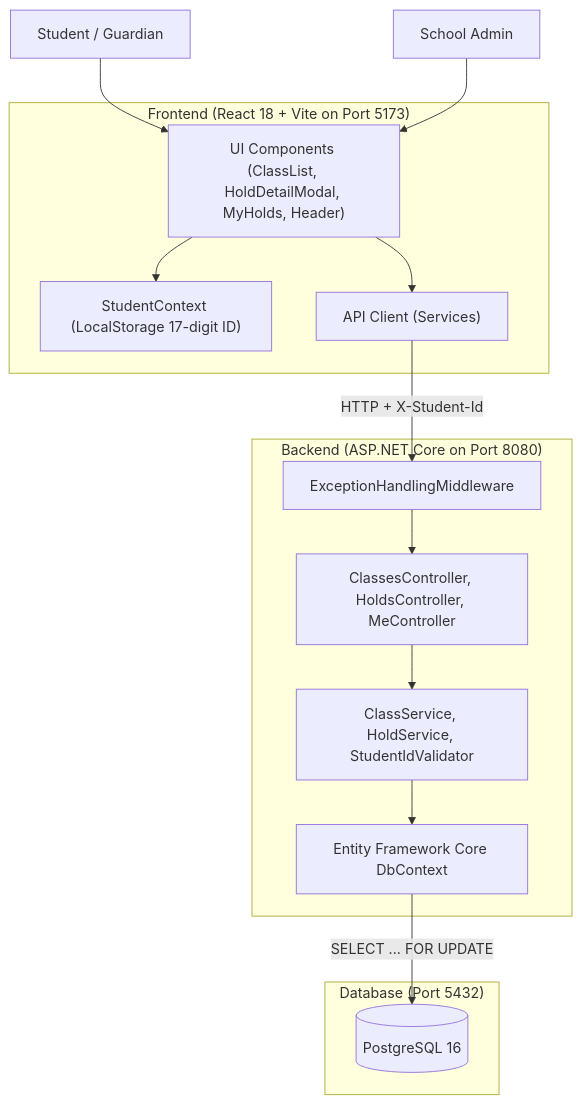
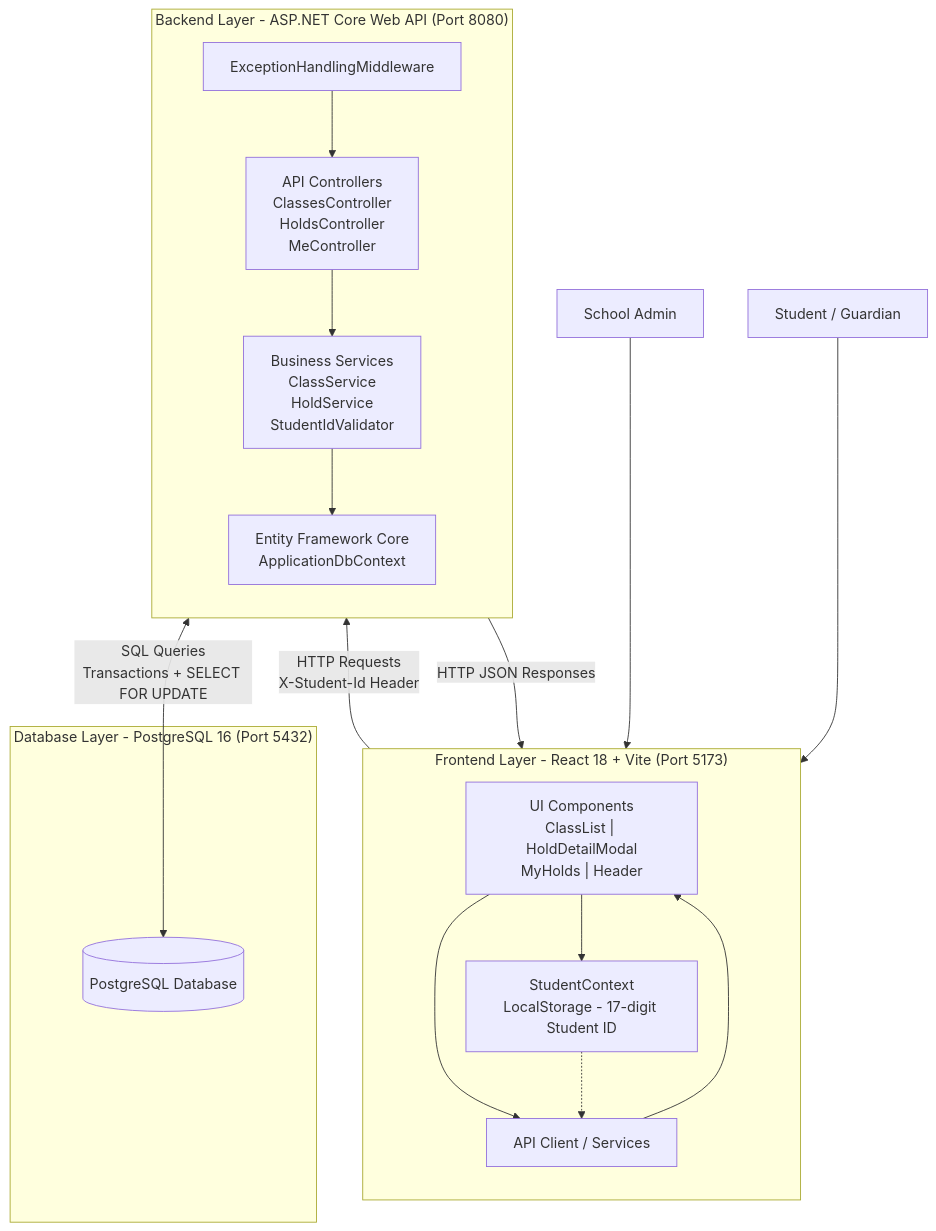
One commit to Murad134/School-Admission-System changed the first of 2 diagrams in README.md. Above: the diagram before and after it, drawn with Mermaid. The commit also changed other lines of this file, not shown here.

Commit message:
docs: improve README system architecture diagram and request lifecycle documentation

````diff
--- a/README.md
+++ b/README.md
@@ -164,32 +164,42 @@
 ```mermaid
 flowchart TD
-    Student[Student / Guardian]
-    Admin[School Admin]
+    Student["Student / Guardian"]
+    Admin["School Admin"]
 
-    subgraph Frontend["Frontend (React 18 + Vite on Port 5173)"]
-        UI["UI Components (ClassList, HoldDetailModal, MyHolds, Header)"]
-        Context["StudentContext (LocalStorage 17-digit ID)"]
-        Client["API Client (Services)"]
+    subgraph Frontend["Frontend Layer - React 18 + Vite (Port 5173)"]
+        direction TB
+        UI["UI Components<br/>ClassList | HoldDetailModal<br/>MyHolds | Header"]
+        Context["StudentContext<br/>LocalStorage - 17-digit Student ID"]
+        API["API Client / Services"]
+
+        UI --> Context
+        UI --> API
+        Context -.-> API
     end
 
-    subgraph Backend["Backend (ASP.NET Core on Port 8080)"]
+    subgraph Backend["Backend Layer - ASP.NET Core Web API (Port 8080)"]
+        direction TB
         Middleware["ExceptionHandlingMiddleware"]
-        Controllers["ClassesController, HoldsController, MeController"]
-        Services["ClassService, HoldService, StudentIdValidator"]
-        EF["Entity Framework Core DbContext"]
+        Controllers["API Controllers<br/>ClassesController<br/>HoldsController<br/>MeController"]
+        Services["Business Services<br/>ClassService<br/>HoldService<br/>StudentIdValidator"]
+        DbContext["Entity Framework Core<br/>ApplicationDbContext"]
+
+        Middleware --> Controllers
+        Controllers --> Services
+        Services --> DbContext
     end
 
-    subgraph Database["Database (Port 5432)"]
-        DB[("PostgreSQL 16")]
+    subgraph Database["Database Layer - PostgreSQL 16 (Port 5432)"]
+        DB[("PostgreSQL Database")]
     end
 
     Student --> UI
     Admin --> UI
-    UI --> Context
-    UI --> Client
-    Client -->|HTTP + X-Student-Id| Middleware
-    Middleware --> Controllers
-    Controllers --> Services
-    Services --> EF
-    EF -->|SELECT ... FOR UPDATE| DB
+
+    API -->|"HTTP Requests<br/>X-Student-Id Header"| Middleware
+    Middleware -->|"HTTP JSON Responses"| API
+
+    DbContext <-->|"SQL Queries<br/>Transactions + SELECT FOR UPDATE"| DB
+
+    API --> UI
 ```
````
